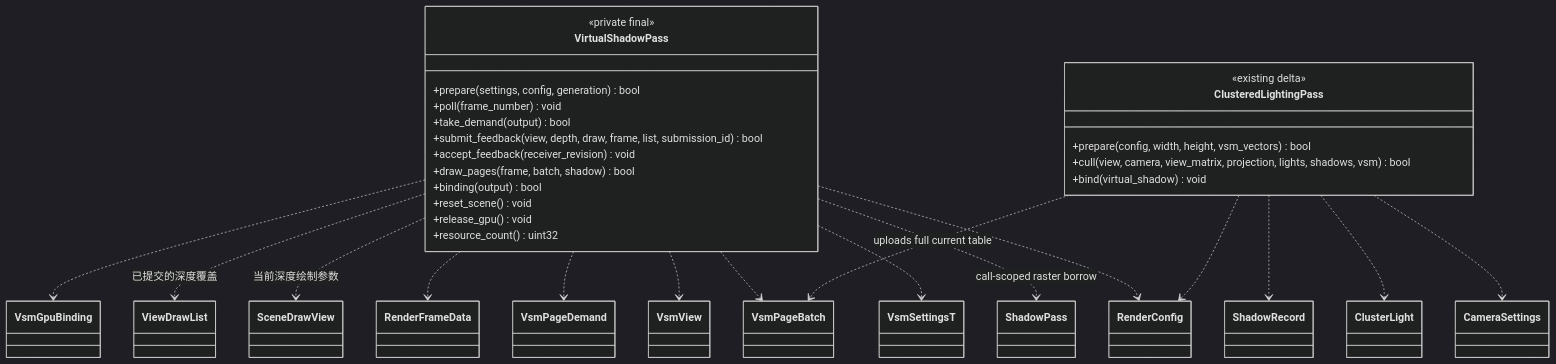
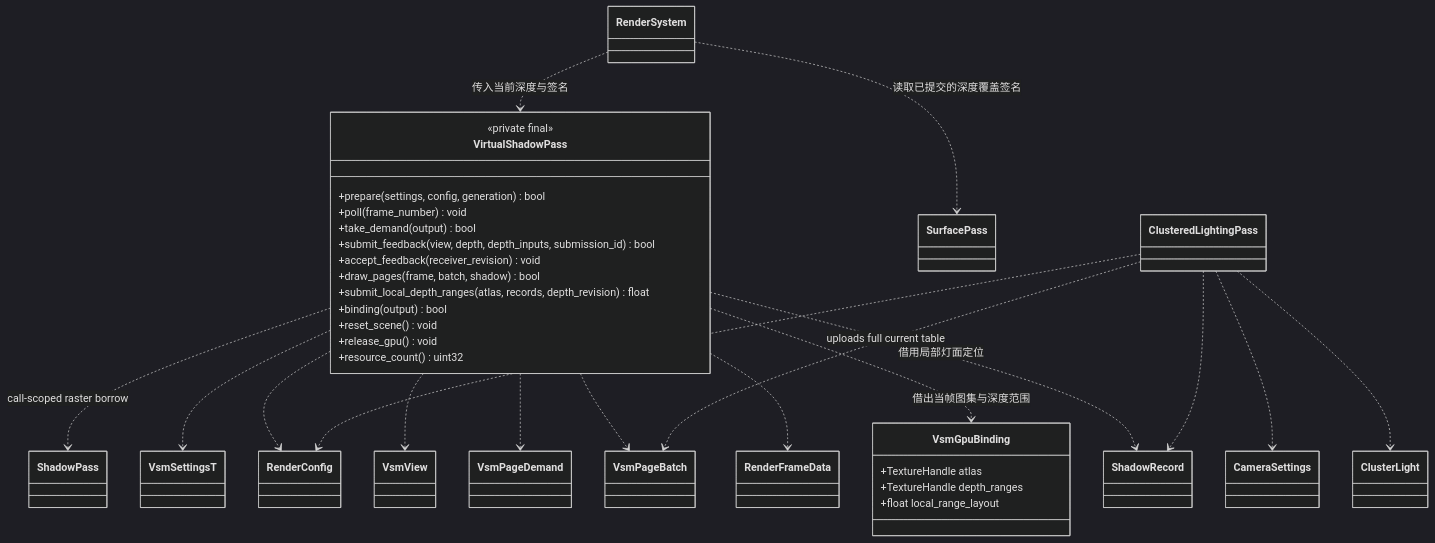
One commit to lcgamedevelop/Engine changed the fourth of 5 diagrams in docs/runtime/class-diagrams/virtual-shadow-maps.md. Above: the diagram before and after it, drawn with Mermaid (dark theme). The commit also changed other lines of this file and 94 other files, not shown here.

````diff
--- a/docs/runtime/class-diagrams/virtual-shadow-maps.md
+++ b/docs/runtime/class-diagrams/virtual-shadow-maps.md
@@ -250,51 +252,52 @@
 ```mermaid
 classDiagram
 direction TB
 class VirtualShadowPass {
     <<private final>>
     +prepare(settings, config, generation) bool
     +poll(frame_number) void
     +take_demand(output) bool
-    +submit_feedback(view, depth, draw, frame, list, submission_id) bool
+    +submit_feedback(view, depth, depth_inputs, submission_id) bool
     +accept_feedback(receiver_revision) void
     +draw_pages(frame, batch, shadow) bool
+    +submit_local_depth_ranges(atlas, records, depth_revision) float
     +binding(output) bool
     +reset_scene() void
     +release_gpu() void
     +resource_count() uint32
 }
 class ShadowPass
 class VsmSettingsT
 class RenderConfig
 class VsmView
 class VsmPageDemand
 class VsmPageBatch
 class RenderFrameData
-class SceneDrawView
-class ViewDrawList
-class VsmGpuBinding
-class ClusteredLightingPass {
-    <<existing delta>>
-    +prepare(config, width, height, vsm_vectors) bool
-    +cull(view, camera, view_matrix, projection, lights, shadows, vsm) bool
-    +bind(virtual_shadow) void
+class SurfacePass
+class RenderSystem
+class VsmGpuBinding {
+    +TextureHandle atlas
+    +TextureHandle depth_ranges
+    +float local_range_layout
 }
+class ClusteredLightingPass
 class CameraSettings
 class ClusterLight
 class ShadowRecord
 VirtualShadowPass ..> ShadowPass : call-scoped raster borrow
 VirtualShadowPass ..> VsmSettingsT
 VirtualShadowPass ..> RenderConfig
 VirtualShadowPass ..> VsmView
 VirtualShadowPass ..> VsmPageDemand
 VirtualShadowPass ..> VsmPageBatch
 VirtualShadowPass ..> RenderFrameData
-VirtualShadowPass ..> SceneDrawView : 当前深度绘制参数
-VirtualShadowPass ..> ViewDrawList : 已提交的深度覆盖
-VirtualShadowPass ..> VsmGpuBinding
+RenderSystem ..> SurfacePass : 读取已提交的深度覆盖签名
+RenderSystem ..> VirtualShadowPass : 传入当前深度与签名
+VirtualShadowPass ..> VsmGpuBinding : 借出当帧图集与深度范围
+VirtualShadowPass ..> ShadowRecord : 借用局部灯面定位
 ClusteredLightingPass ..> RenderConfig
 ClusteredLightingPass ..> CameraSettings
 ClusteredLightingPass ..> ClusterLight
 ClusteredLightingPass ..> ShadowRecord
 ClusteredLightingPass ..> VsmPageBatch : uploads full current table
 ```
````
